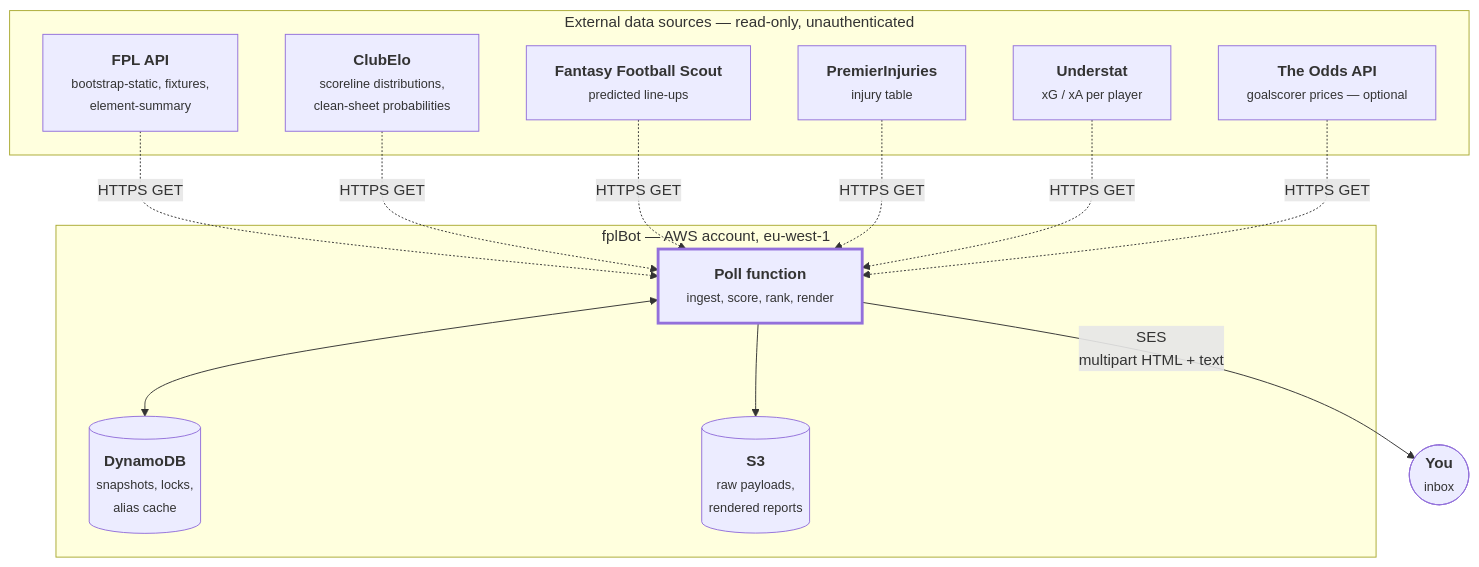
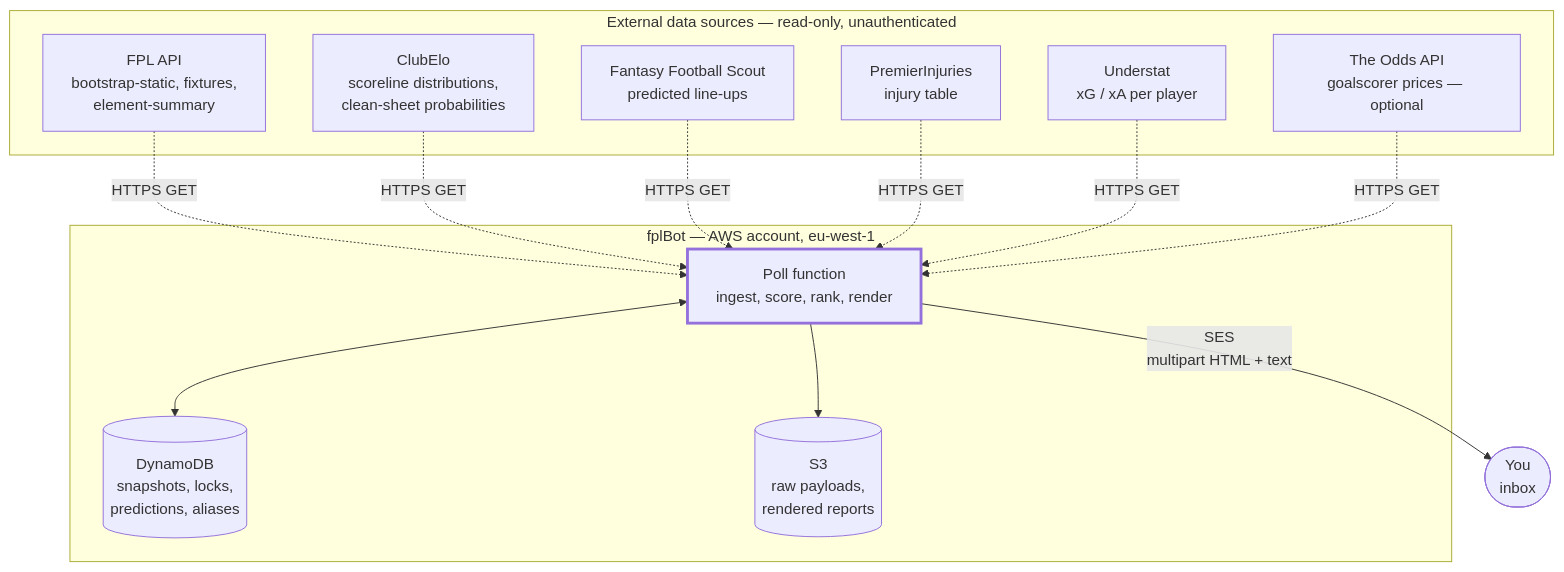
Before and after one commit to MasonGallagher/FplBot: the fifth of 12 diagrams in docs/DIAGRAMS.md, drawn with Mermaid. The commit also changed other lines of this file and 1 other file, not shown here.

First line of the commit message:
docs: fix diagram labels overflowing their shapes, and cover calibration

````diff
--- a/docs/DIAGRAMS.md
+++ b/docs/DIAGRAMS.md
@@ -144,27 +154,27 @@
 ```mermaid
 flowchart TB
     subgraph ext["External data sources — read-only, unauthenticated"]
-        FPL["<b>FPL API</b><br/><small>bootstrap-static, fixtures,<br/>element-summary</small>"]
-        ELO["<b>ClubElo</b><br/><small>scoreline distributions,<br/>clean-sheet probabilities</small>"]
-        FFS["<b>Fantasy Football Scout</b><br/><small>predicted line-ups</small>"]
-        PI["<b>PremierInjuries</b><br/><small>injury table</small>"]
-        UND["<b>Understat</b><br/><small>xG / xA per player</small>"]
-        ODDS["<b>The Odds API</b><br/><small>goalscorer prices — optional</small>"]
+        FPL["FPL API<br/>bootstrap-static, fixtures,<br/>element-summary"]
+        ELO["ClubElo<br/>scoreline distributions,<br/>clean-sheet probabilities"]
+        FFS["Fantasy Football Scout<br/>predicted line-ups"]
+        PI["PremierInjuries<br/>injury table"]
+        UND["Understat<br/>xG / xA per player"]
+        ODDS["The Odds API<br/>goalscorer prices — optional"]
     end
 
     subgraph aws["fplBot — AWS account, eu-west-1"]
-        LAMBDA["<b>Poll function</b><br/><small>ingest, score, rank, render</small>"]
-        STORE[("<b>DynamoDB</b><br/><small>snapshots, locks,<br/>alias cache</small>")]
-        ARCHIVE[("<b>S3</b><br/><small>raw payloads,<br/>rendered reports</small>")]
+        LAMBDA["Poll function<br/>ingest, score, rank, render"]
+        STORE[("DynamoDB<br/>snapshots, locks,<br/>predictions, aliases")]
+        ARCHIVE[("S3<br/>raw payloads,<br/>rendered reports")]
     end
 
-    USER(["<b>You</b><br/><small>inbox</small>"])
+    USER(["You<br/>inbox"])
 
     FPL & ELO & FFS & PI & UND & ODDS -.->|"HTTPS GET"| LAMBDA
     LAMBDA <--> STORE
     LAMBDA --> ARCHIVE
     LAMBDA -->|"SES<br/>multipart HTML + text"| USER
 
     classDef emphasis stroke-width:3px
     class LAMBDA emphasis
 ```
````
